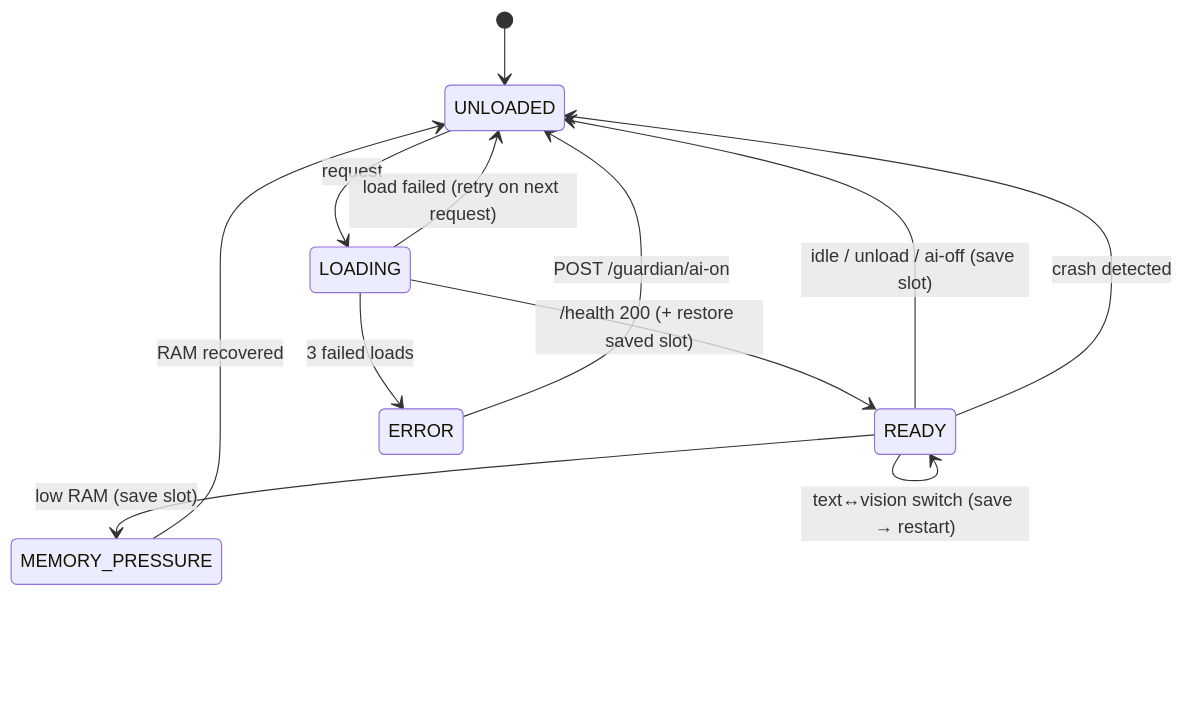
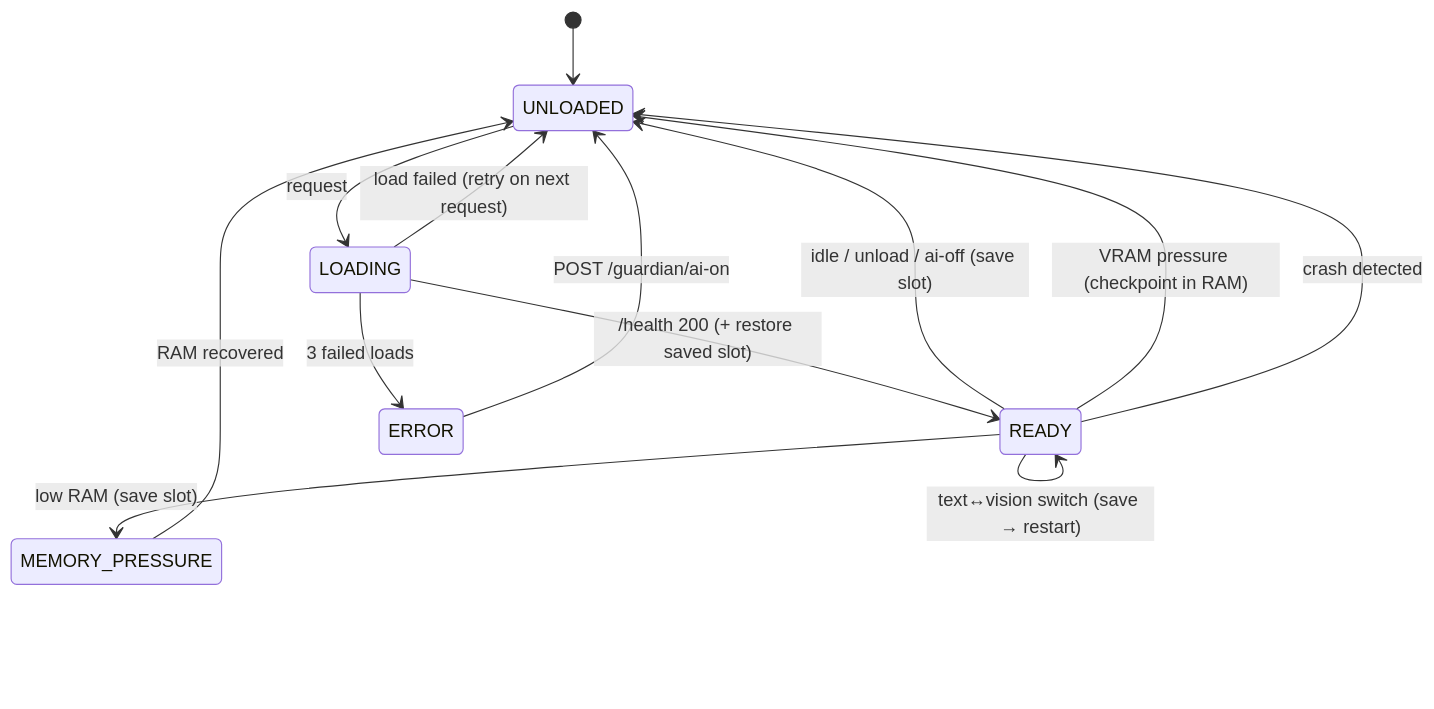
One commit to hikkian/shura changed the second of 2 diagrams in docs/ARCHITECTURE.md. Above: the diagram before and after it, drawn with Mermaid. The commit also changed other lines of this file and 11 other files, not shown here.

Commit message:
gateway: yield VRAM to desktop under pressure; keep session in RAM

````diff
--- a/docs/ARCHITECTURE.md
+++ b/docs/ARCHITECTURE.md
@@ -47,14 +48,15 @@
 ```mermaid
 stateDiagram-v2
     [*] --> UNLOADED
     UNLOADED --> LOADING: request
     LOADING --> READY: /health 200 (+ restore saved slot)
     LOADING --> UNLOADED: load failed (retry on next request)
     LOADING --> ERROR: 3 failed loads
     READY --> READY: text↔vision switch (save → restart)
     READY --> UNLOADED: idle / unload / ai-off (save slot)
     READY --> MEMORY_PRESSURE: low RAM (save slot)
     MEMORY_PRESSURE --> UNLOADED: RAM recovered
+    READY --> UNLOADED: VRAM pressure (checkpoint in RAM)
     READY --> UNLOADED: crash detected
     ERROR --> UNLOADED: POST /guardian/ai-on
 ```
````
